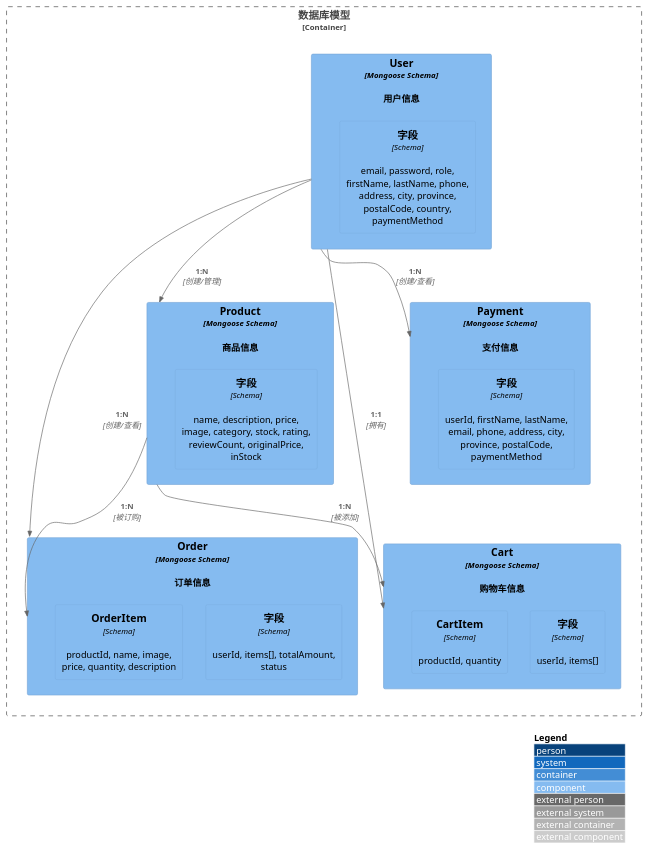
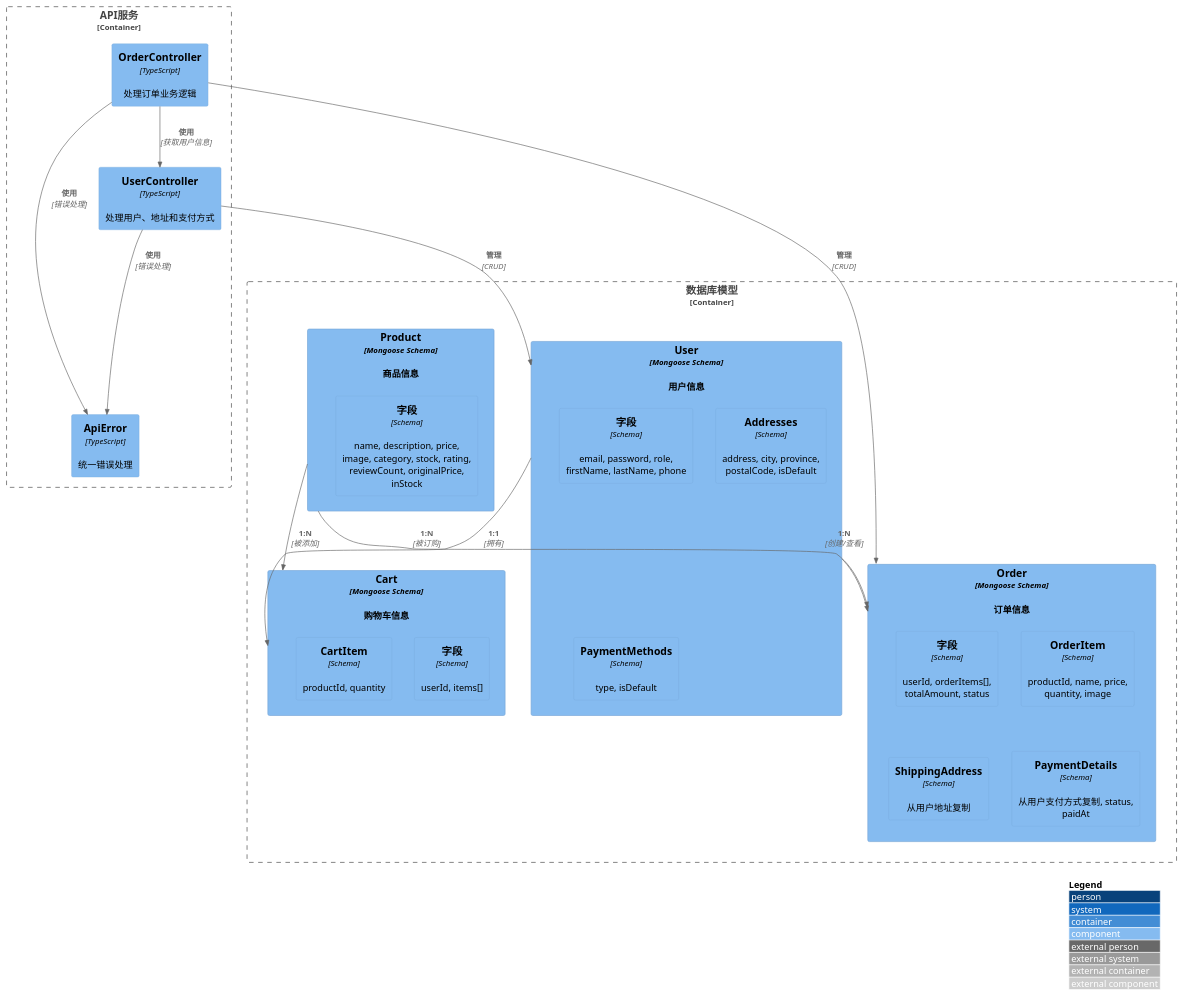
One commit to felixzhu97/shopping-system-public changed the diagram in docs/architecture/ER-model.puml. Above: the diagram before and after it, drawn with PlantUML. The commit also changed 4 other files, not shown here.

Commit message:
docs: 在 README.md 中添加项目架构和数据库关系图，修改 ER 模型和组件关系，优化数据库模型描述

```diff
--- a/docs/architecture/ER-model.puml
+++ b/docs/architecture/ER-model.puml
@@ -1,40 +1,54 @@
 @startuml
 !include ./c4-plantuml/C4_Context.puml
 !include ./c4-plantuml//C4_Container.puml
 !include ./c4-plantuml//C4_Component.puml
 
 LAYOUT_WITH_LEGEND()
 
 ' 数据库模型图
 Container_Boundary(database, "数据库模型") {
     Component(user, "User", "Mongoose Schema", "用户信息") {
-        Component(user_fields, "字段", "Schema", "email, password, role, firstName, lastName, phone, address, city, province, postalCode, country, paymentMethod")
+        Component(user_fields, "字段", "Schema", "email, password, role, firstName, lastName, phone")
+        Component(user_addresses, "Addresses", "Schema", "address, city, province, postalCode, isDefault")
+        Component(user_payments, "PaymentMethods", "Schema", "type, isDefault")
     }
 
     Component(product, "Product", "Mongoose Schema", "商品信息") {
         Component(product_fields, "字段", "Schema", "name, description, price, image, category, stock, rating, reviewCount, originalPrice, inStock")
     }
 
     Component(order, "Order", "Mongoose Schema", "订单信息") {
-        Component(order_fields, "字段", "Schema", "userId, items[], totalAmount, status")
-        Component(order_item, "OrderItem", "Schema", "productId, name, image, price, quantity, description")
+        Component(order_fields, "字段", "Schema", "userId, orderItems[], totalAmount, status")
+        Component(order_item, "OrderItem", "Schema", "productId, name, price, quantity, image")
+        Component(order_shipping, "ShippingAddress", "Schema", "从用户地址复制")
+        Component(order_payment, "PaymentDetails", "Schema", "从用户支付方式复制, status, paidAt")
     }
 
     Component(cart, "Cart", "Mongoose Schema", "购物车信息") {
         Component(cart_fields, "字段", "Schema", "userId, items[]")
         Component(cart_item, "CartItem", "Schema", "productId, quantity")
     }
-
-    Component(payment, "Payment", "Mongoose Schema", "支付信息") {
-        Component(payment_fields, "字段", "Schema", "userId, firstName, lastName, email, phone, address, city, province, postalCode, paymentMethod")
-    }
 }
 
-Rel(user, product, "1:N", "创建/管理")
+' 组件关系
 Rel(user, order, "1:N", "创建/查看")
 Rel(user, cart, "1:1", "拥有")
-Rel(user, payment, "1:N", "创建/查看")
 Rel(product, order, "1:N", "被订购")
 Rel(product, cart, "1:N", "被添加")
 
+' API服务组件图
+Container_Boundary(api_boundary, "API服务") {
+    Component(user_controller, "UserController", "TypeScript", "处理用户、地址和支付方式")
+    Component(order_controller, "OrderController", "TypeScript", "处理订单业务逻辑")
+    Component(api_error, "ApiError", "TypeScript", "统一错误处理")
+}
+
+' 组件交互
+Rel(user_controller, user, "管理", "CRUD")
+Rel(order_controller, order, "管理", "CRUD")
+Rel(order_controller, user_controller, "使用", "获取用户信息")
+Rel(user_controller, api_error, "使用", "错误处理")
+Rel(order_controller, api_error, "使用", "错误处理")
+
+
 @enduml
```
